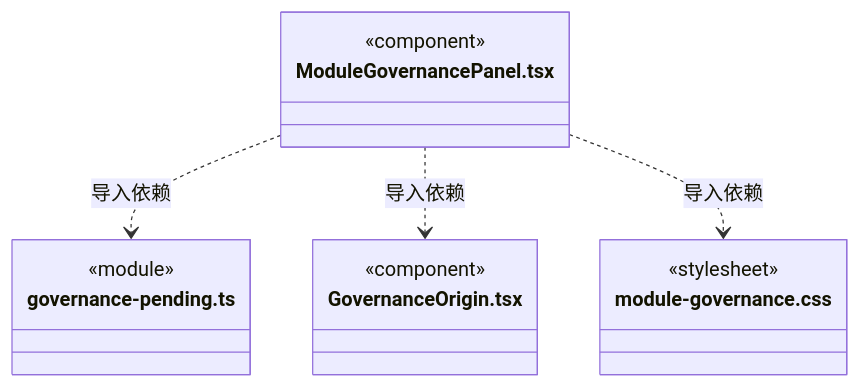
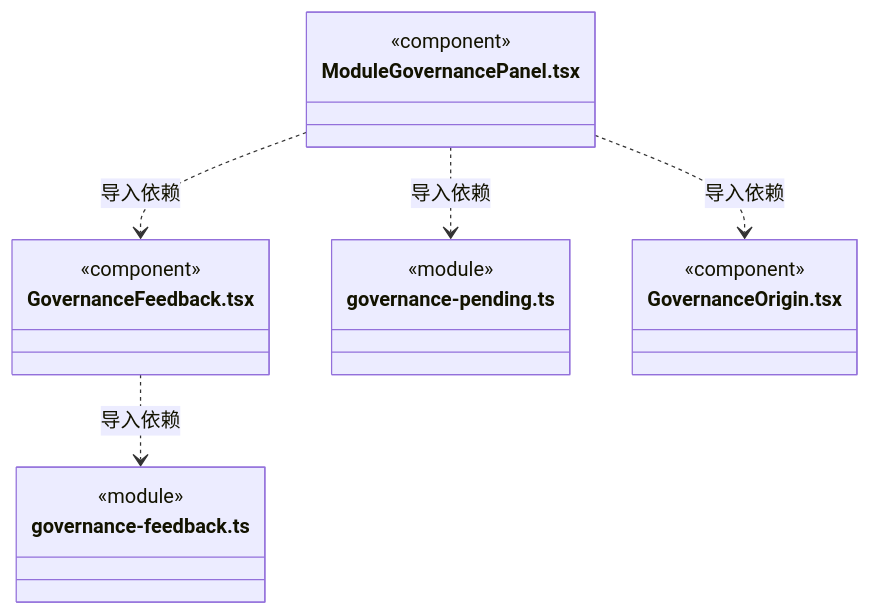
One commit to nan023062/cbim changed the tenth of 11 diagrams in src/frontend/governance/ARCHITECTURE.md. Above: the diagram before and after it, drawn with Mermaid. The commit also changed other lines of this file and 42 other files, not shown here.

````diff
--- a/src/frontend/governance/ARCHITECTURE.md
+++ b/src/frontend/governance/ARCHITECTURE.md
@@ -97,18 +150,22 @@
 ```mermaid
 classDiagram
+class N_src_frontend_governance_GovernanceFeedback_tsx["GovernanceFeedback.tsx"] {
+  <<component>>
+}
+class N_src_frontend_governance_governance_feedback_ts["governance-feedback.ts"] {
+  <<module>>
+}
 class N_src_frontend_governance_ModuleGovernancePanel_tsx["ModuleGovernancePanel.tsx"] {
   <<component>>
 }
 class N_src_frontend_governance_governance_pending_ts["governance-pending.ts"] {
   <<module>>
 }
 class N_src_frontend_governance_GovernanceOrigin_tsx["GovernanceOrigin.tsx"] {
   <<component>>
 }
-class N_src_frontend_governance_module_governance_css["module-governance.css"] {
-  <<stylesheet>>
-}
+N_src_frontend_governance_GovernanceFeedback_tsx ..> N_src_frontend_governance_governance_feedback_ts : 导入依赖
 N_src_frontend_governance_ModuleGovernancePanel_tsx ..> N_src_frontend_governance_governance_pending_ts : 导入依赖
 N_src_frontend_governance_ModuleGovernancePanel_tsx ..> N_src_frontend_governance_GovernanceOrigin_tsx : 导入依赖
-N_src_frontend_governance_ModuleGovernancePanel_tsx ..> N_src_frontend_governance_module_governance_css : 导入依赖
+N_src_frontend_governance_ModuleGovernancePanel_tsx ..> N_src_frontend_governance_GovernanceFeedback_tsx : 导入依赖
 ```
````
